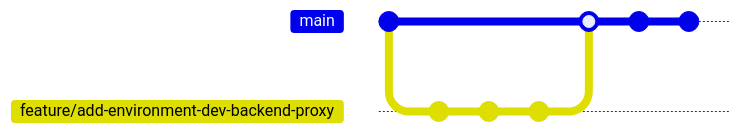
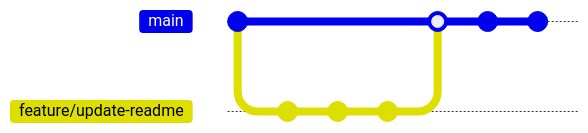
Before and after one commit to tqer39/terraform-aws: the diagram in README.md, drawn with Mermaid. Commit ids are hidden.

Commit message:
ブランチ名をそれっぽいのに変更

````diff
--- a/README.md
+++ b/README.md
@@ -15,12 +15,12 @@
 ```mermaid
 gitGraph
     commit
-    branch feature/add-environment-dev-backend-proxy
+    branch feature/update-readme
     commit
     commit
     commit
     checkout main
-    merge feature/add-environment-dev-backend-proxy
+    merge feature/update-readme
     commit
     commit
 ```
````
